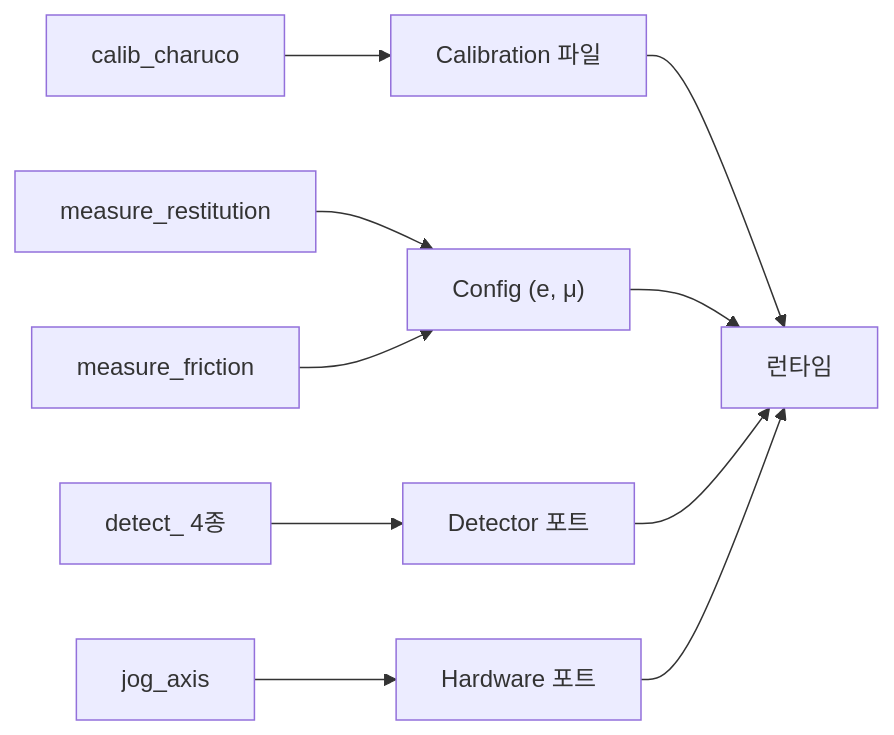
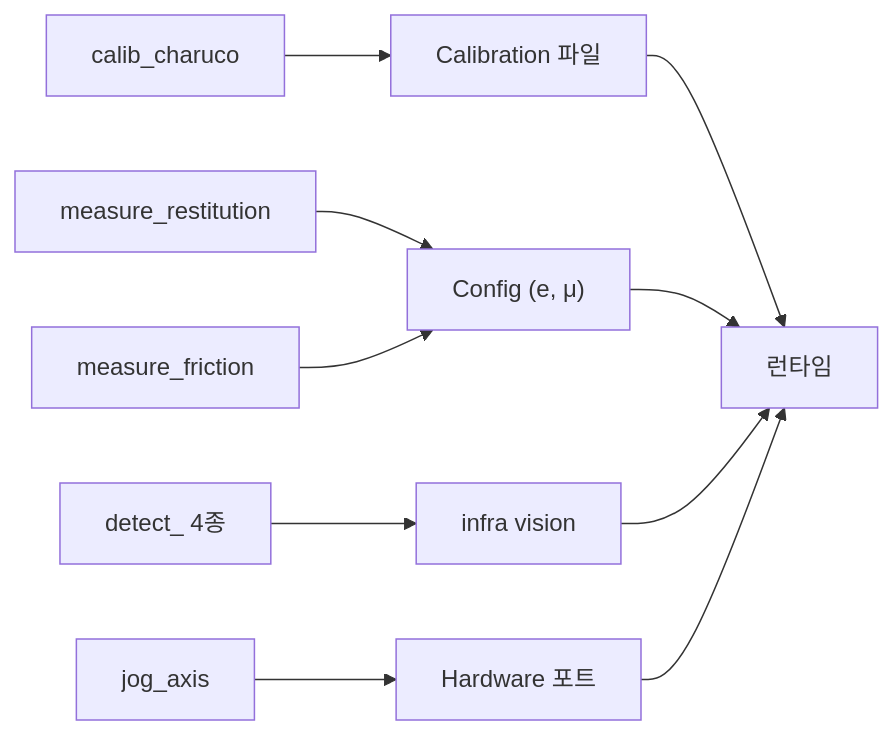
Before and after one commit to luv-all/pingpong-bot: the second of 9 diagrams in plan.md, drawn with Mermaid. The commit also changed other lines of this file and 32 other files, not shown here.

Commit message:
feat(vision): move calib and triangulation into infra Make OpenCV the vision SSOT under pingpong_infra::vision, drop domain CameraSource/Detector ports, and keep nalgebra DLT as the default fallback when the opencv feature is off.

````diff
--- a/plan.md
+++ b/plan.md
@@ -127,9 +121,9 @@
 ```mermaid
 flowchart LR
   A["calib_charuco"] --> A2["Calibration 파일"] --> RT["런타임"]
   B["measure_restitution"] --> CFG["Config (e, μ)"]
   D["measure_friction"] --> CFG
   CFG --> RT
-  E["detect_ 4종"] --> EP["Detector 포트"] --> RT
+  E["detect_ 4종"] --> EP["infra vision"] --> RT
   F["jog_axis"] --> FP["Hardware 포트"] --> RT
 ```
````
